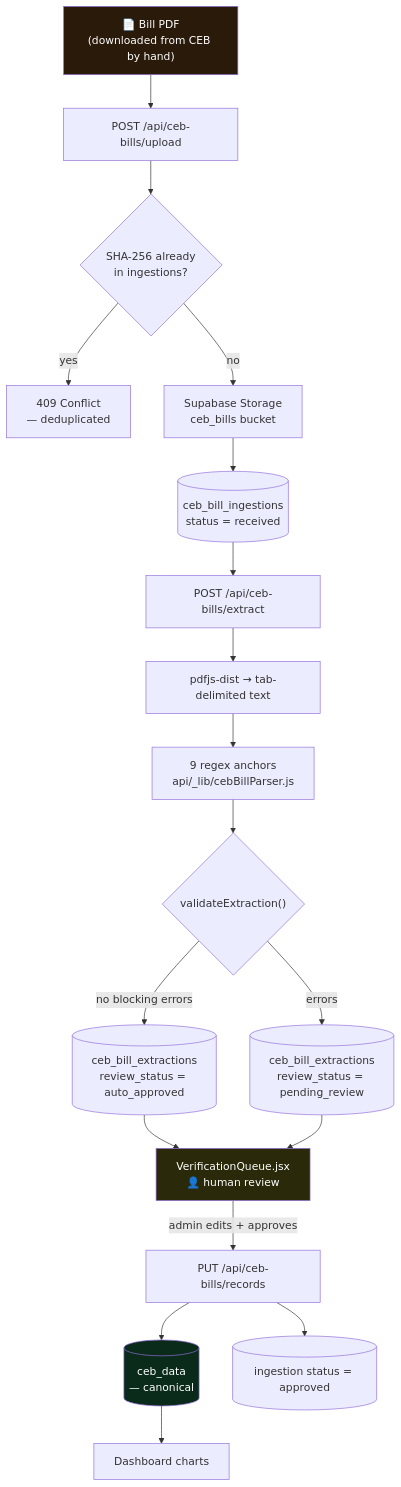
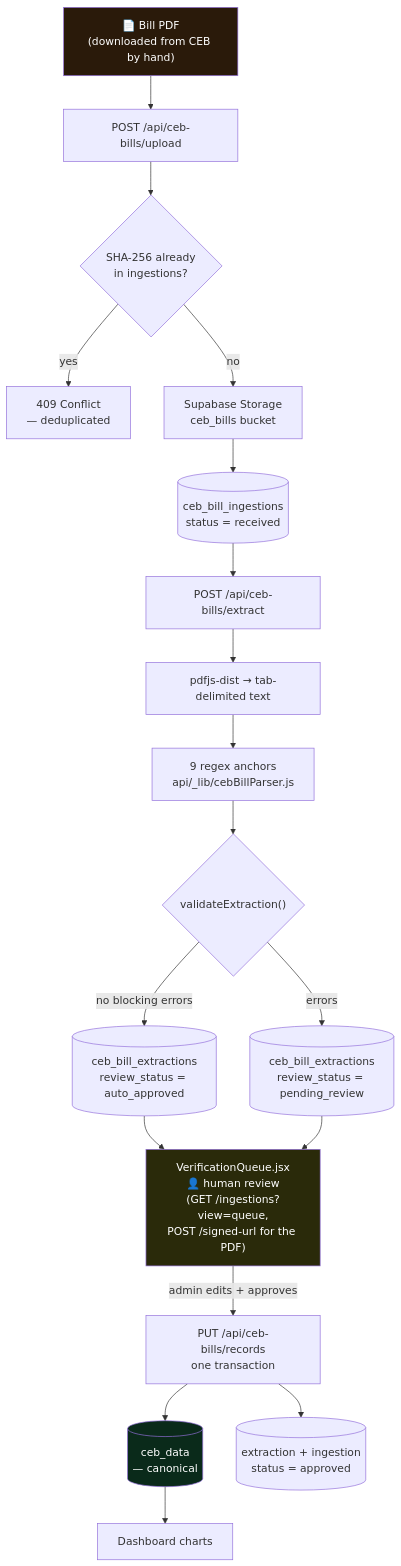
One commit to Anuja-jayasinghe/Solar-Analytics-Dashboard changed the fourth of 8 diagrams in docs/ARCHITECTURE.md. Above: the diagram before and after it, drawn with Mermaid. The commit also changed other lines of this file and 121 other files, not shown here.

````diff
--- a/docs/ARCHITECTURE.md
+++ b/docs/ARCHITECTURE.md
@@ -186,30 +186,30 @@
 ```mermaid
 flowchart TD
     PDF["📄 Bill PDF<br/>(downloaded from CEB by hand)"]
     PDF --> UP["POST /api/ceb-bills/upload"]
 
     UP --> HASH{"SHA-256 already<br/>in ingestions?"}
     HASH -->|yes| DUP["409 Conflict<br/>— deduplicated"]
     HASH -->|no| STORE["Supabase Storage<br/>ceb_bills bucket"]
     STORE --> ING[("ceb_bill_ingestions<br/>status = received")]
 
     ING --> EX["POST /api/ceb-bills/extract"]
     EX --> TEXT["pdfjs-dist → tab-delimited text"]
     TEXT --> PARSE["9 regex anchors<br/>api/_lib/cebBillParser.js"]
     PARSE --> VAL{"validateExtraction()"}
 
     VAL -->|"no blocking errors"| AA[("ceb_bill_extractions<br/>review_status = auto_approved")]
     VAL -->|"errors"| PR[("ceb_bill_extractions<br/>review_status = pending_review")]
 
-    AA --> Q["VerificationQueue.jsx<br/>👤 human review"]
+    AA --> Q["VerificationQueue.jsx<br/>👤 human review<br/>(GET /ingestions?view=queue,<br/>POST /signed-url for the PDF)"]
     PR --> Q
-    Q -->|"admin edits + approves"| REC["PUT /api/ceb-bills/records"]
+    Q -->|"admin edits + approves"| REC["PUT /api/ceb-bills/records<br/>one transaction"]
     REC --> CEBD[("ceb_data<br/>— canonical")]
-    REC --> MARK[("ingestion status = approved")]
+    REC --> MARK[("extraction + ingestion<br/>status = approved")]
 
     CEBD --> CHART["Dashboard charts"]
 
     style PDF fill:#2a1a0a,color:#fff
     style CEBD fill:#0a2a1a,color:#fff
     style Q fill:#2a2a0a,color:#fff
 ```
````
